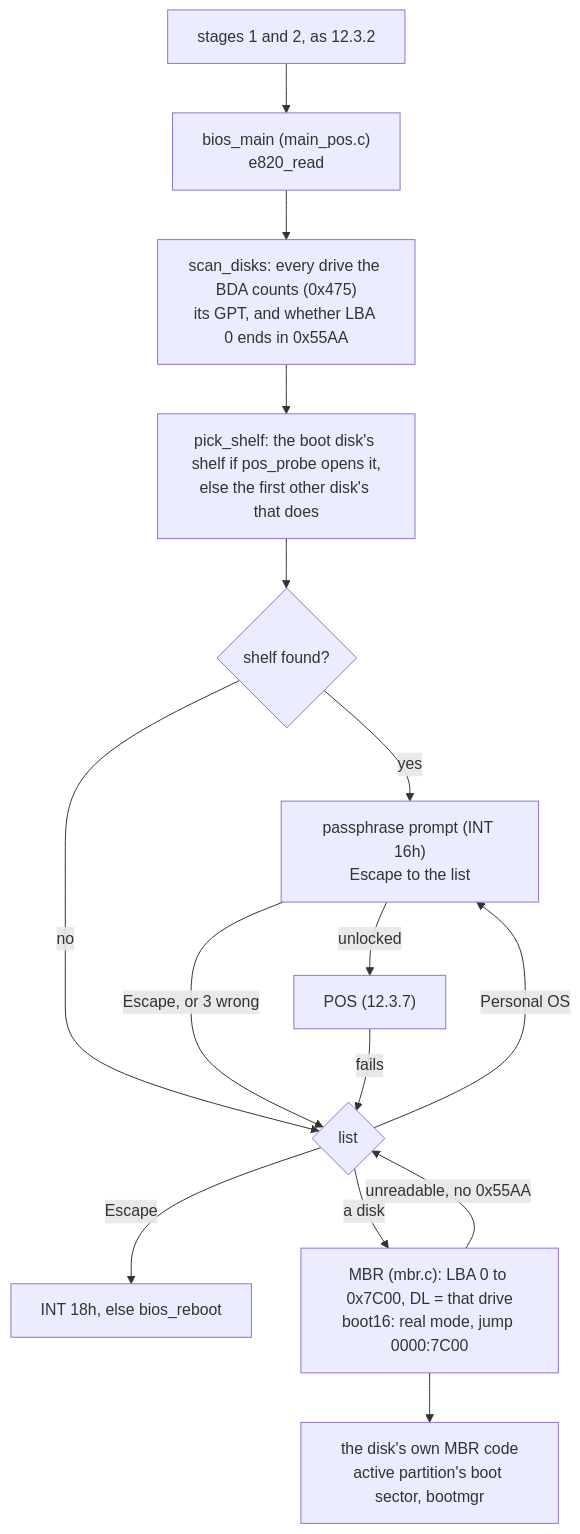
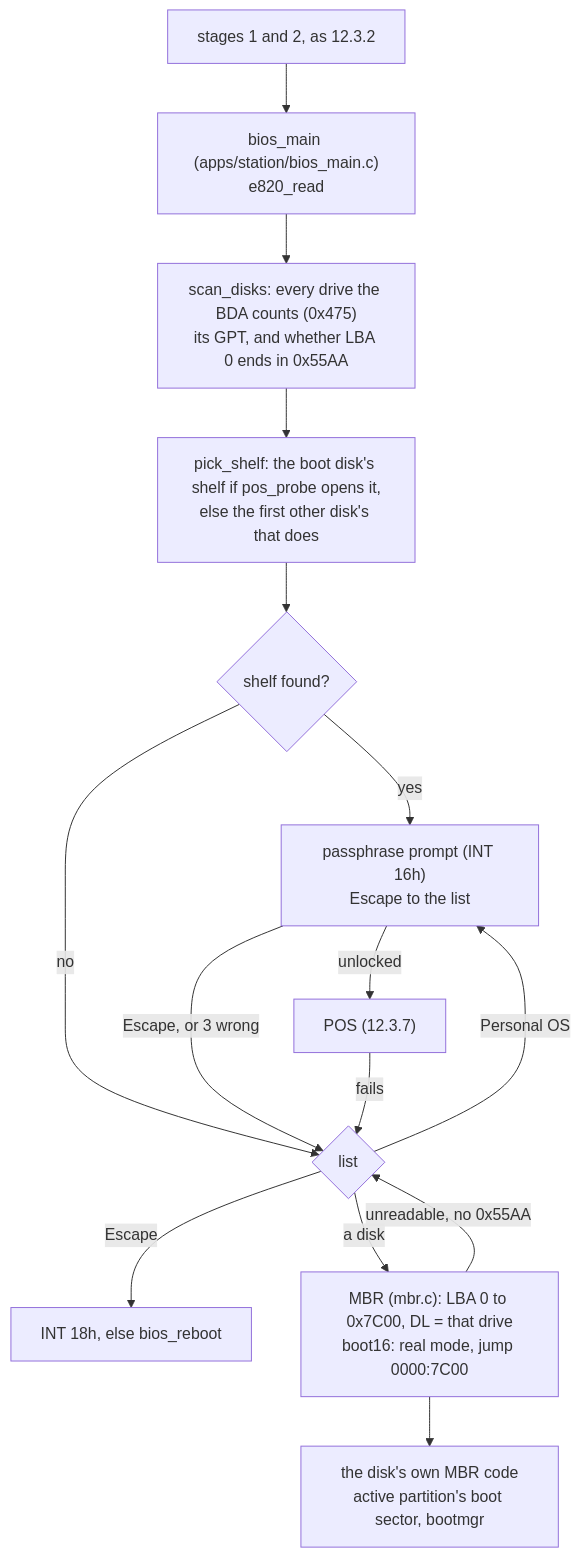
Before and after one commit to vifair22/falcon-boot: diagram 22 of 22 in docs/DESIGN.md, drawn with Mermaid. The commit also changed other lines of this file and 23 other files, not shown here.

````diff
--- a/docs/DESIGN.md
+++ b/docs/DESIGN.md
@@ -3482,17 +3486,17 @@
 ```mermaid
 flowchart TD
-    S12["stages 1 and 2, as 12.3.2"] --> BM["bios_main (main_pos.c)<br/>e820_read"]
+    S12["stages 1 and 2, as 12.3.2"] --> BM["bios_main (apps/station/bios_main.c)<br/>e820_read"]
     BM --> DSK["scan_disks: every drive the BDA counts (0x475)<br/>its GPT, and whether LBA 0 ends in 0x55AA"]
     DSK --> P3["pick_shelf: the boot disk's shelf if pos_probe opens it,<br/>else the first other disk's that does"]
     P3 --> SH{"shelf found?"}
     SH -- yes --> PR["passphrase prompt (INT 16h)<br/>Escape to the list"]
     SH -- no --> LIST
     PR -- "unlocked" --> POS["POS (12.3.7)"]
     PR -- "Escape, or 3 wrong" --> LIST{"list"}
     POS -- "fails" --> LIST
     LIST -- "Personal OS" --> PR
     LIST -- "Escape" --> RF["INT 18h, else bios_reboot"]
     LIST -- "a disk" --> MBR["MBR (mbr.c): LBA 0 to 0x7C00, DL = that drive<br/>boot16: real mode, jump 0000:7C00"]
     MBR -- "unreadable, no 0x55AA" --> LIST
     MBR --> WIN["the disk's own MBR code<br/>active partition's boot sector, bootmgr"]
 ```
````
